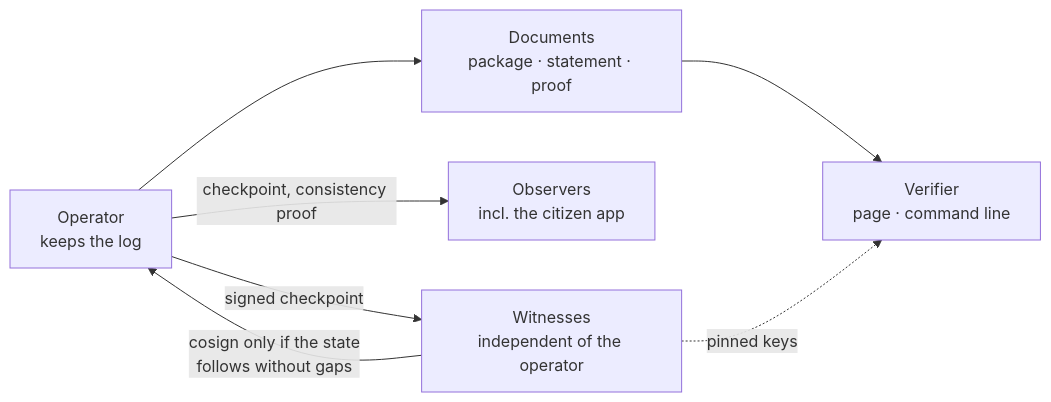
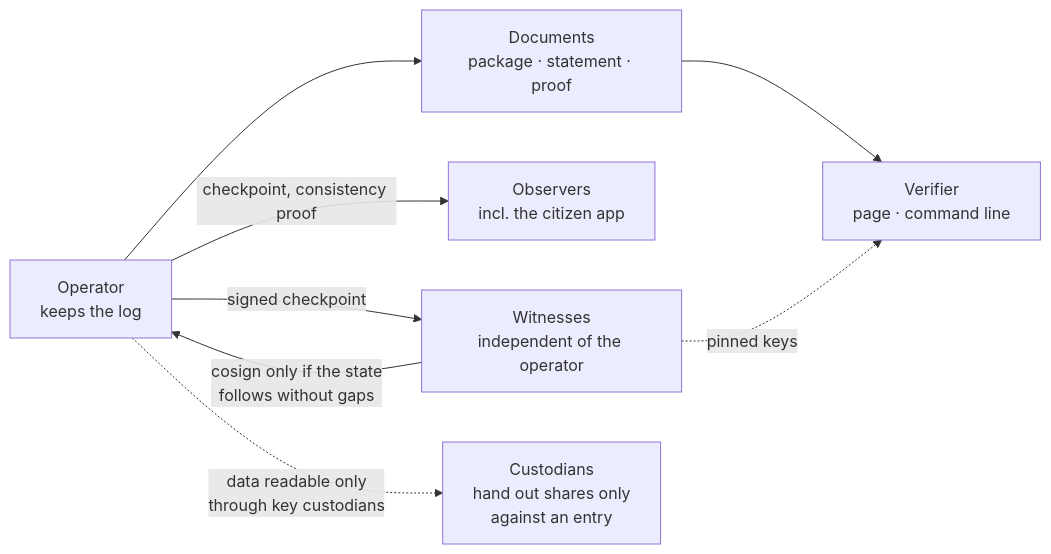
The diagram in README.en.md (defconder/pruefer), drawn with Mermaid before and after one commit. The commit also changed other lines of this file and 63 other files, not shown here.

````diff
--- a/README.en.md
+++ b/README.en.md
@@ -64,9 +72,10 @@
 ```mermaid
 flowchart LR
     B["Operator<br/>keeps the log"] -->|"signed checkpoint"| Z["Witnesses<br/>independent of the operator"]
     Z -->|"cosign only if the state<br/>follows without gaps"| B
     B -->|"checkpoint, consistency proof"| O["Observers<br/>incl. the citizen app"]
     B --> D["Documents<br/>package · statement · proof"]
     D --> P["Verifier<br/>page · command line"]
     Z -. "pinned keys" .-> P
+    B -. "data readable only<br/>through key custodians" .-> H["Custodians<br/>hand out shares only<br/>against an entry"]
 ```
````
